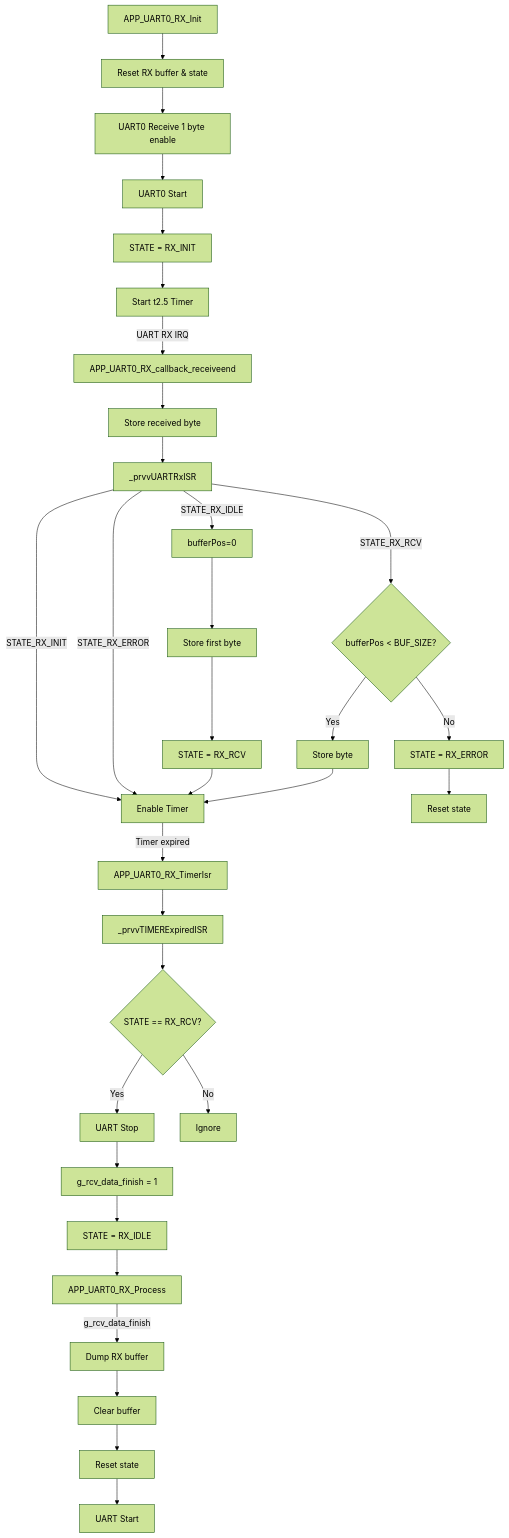
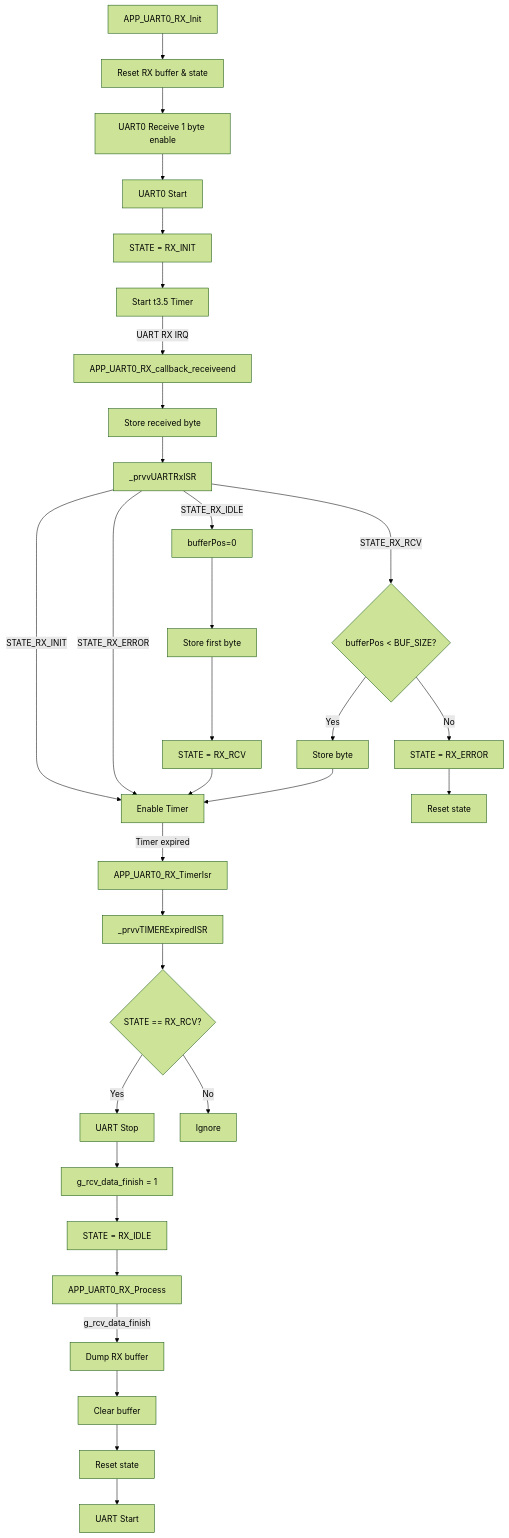
Before and after one commit to released/Sample_Project_RH850_S1_UART_TX_DMA_RX_interrupt: the diagram in README.md, drawn with Mermaid (forest theme). The commit also changed other lines of this file, not shown here.

````diff
--- a/README.md
+++ b/README.md
@@ -209,43 +213,43 @@
 ```mermaid
 flowchart TD
     A[APP_UART0_RX_Init] --> B[Reset RX buffer & state]
     B --> C[UART0 Receive 1 byte enable]
     C --> D[UART0 Start]
     D --> E[STATE = RX_INIT]
-    E --> F[Start t2.5 Timer]
+    E --> F[Start t3.5 Timer]
 
     %% UART RX interrupt
     F -->|UART RX IRQ| G[APP_UART0_RX_callback_receiveend]
     G --> H[Store received byte]
     H --> I[_prvvUARTRxISR]
 
     %% State machine
     I -->|STATE_RX_INIT| J[Enable Timer]
     I -->|STATE_RX_ERROR| J
     I -->|STATE_RX_IDLE| K[bufferPos=0]
     K --> L[Store first byte]
     L --> M[STATE = RX_RCV]
     M --> J
 
     I -->|STATE_RX_RCV| N{bufferPos < BUF_SIZE?}
     N -->|Yes| O[Store byte]
     O --> J
     N -->|No| P[STATE = RX_ERROR]
     P --> Q[Reset state]
 
     %% Timer expiry (IDLE detected)
     J -->|Timer expired| R[APP_UART0_RX_TimerIsr]
     R --> S[_prvvTIMERExpiredISR]
     S --> T{STATE == RX_RCV?}
     T -->|Yes| U[UART Stop]
     U --> V[g_rcv_data_finish = 1]
     T -->|No| W[Ignore]
     V --> X[STATE = RX_IDLE]
 
     %% Main loop process
     X --> Y[APP_UART0_RX_Process]
     Y -->|g_rcv_data_finish| Z[Dump RX buffer]
     Z --> AA[Clear buffer]
     AA --> AB[Reset state]
     AB --> AC[UART Start]
 ```
````
